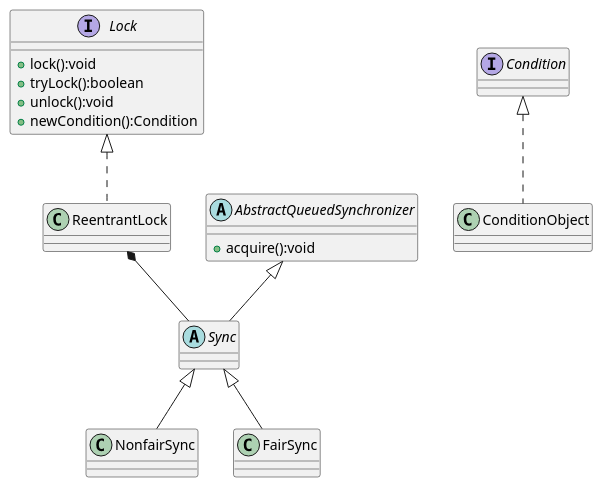
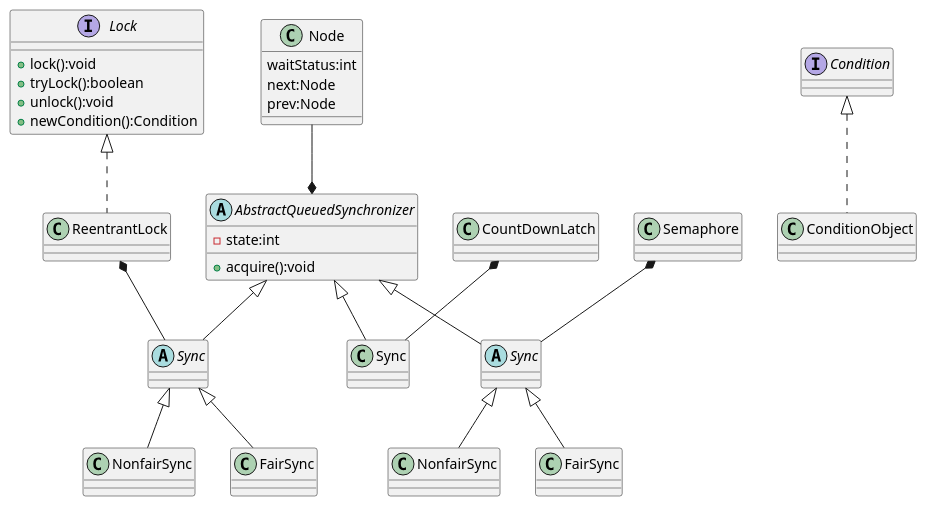
One commit to duweiwang/duweiwang.github.io changed the diagram in uml/java-thread-lock.puml. Above: the diagram before and after it, drawn with PlantUML.

Commit message:
wa完善

```diff
--- a/uml/java-thread-lock.puml
+++ b/uml/java-thread-lock.puml
@@ -1,38 +1,66 @@
 @startuml
 'https://plantuml.com/class-diagram
 
 interface Lock{
     + lock():void
     + tryLock():boolean
     + unlock():void
     + newCondition():Condition
 }
 
 interface Condition{}
 class ConditionObject{}
 
 class ReentrantLock{
+}
 
+class CountDownLatch{
 }
+
+class Semaphore{}
+
+class "Sync" as CountDownLatchSync{
+}
+
+abstract class "Sync" as SemaphoreSync{}
 
 abstract class Sync{}
 
 abstract class AbstractQueuedSynchronizer{
- + acquire():void
+    - state:int
+    + acquire():void
+}
+
+class Node{
+    waitStatus:int
+    next:Node
+    prev:Node
 }
 
 class NonfairSync{}
 class FairSync{}
 
+class "NonfairSync" as SemaphoreNonfairSync{}
+class "FairSync" as SemaphoreFairSync{}
+
 Lock <|.. ReentrantLock
 
 AbstractQueuedSynchronizer <|-- Sync
+AbstractQueuedSynchronizer <|-- CountDownLatchSync
+AbstractQueuedSynchronizer <|-- SemaphoreSync
 
 Sync <|-- NonfairSync
 Sync <|-- FairSync
 
+SemaphoreSync <|-- SemaphoreNonfairSync
+SemaphoreSync <|-- SemaphoreFairSync
+
 ReentrantLock *-- Sync
+CountDownLatch *-- CountDownLatchSync
+Semaphore *-- SemaphoreSync
 
 Condition <|.. ConditionObject
 
+Node --* AbstractQueuedSynchronizer
+
 @enduml
```
